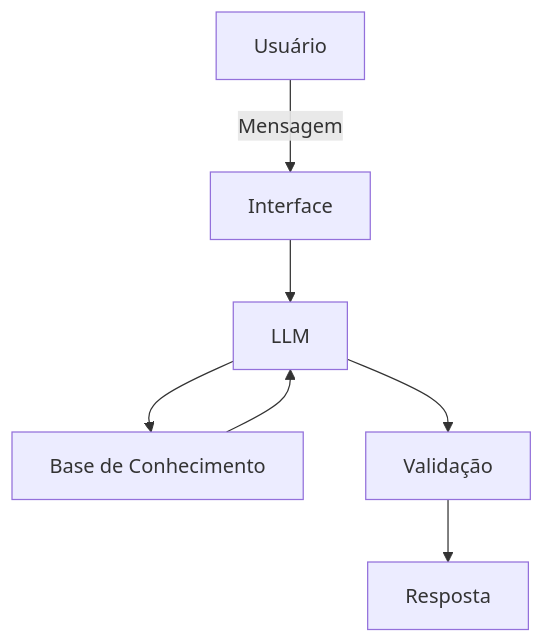
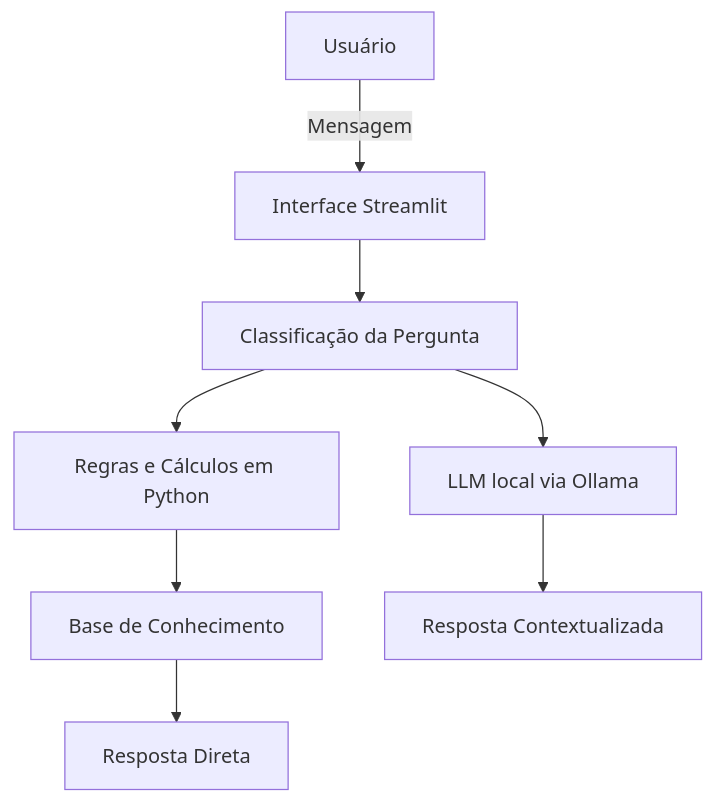
Before and after one commit to Martins-DennisCoppola/dio-lab-bia-do-futuro: the diagram in docs/01-documentacao-agente.md, drawn with Mermaid. The commit also changed other lines of this file, not shown here.

````diff
--- a/docs/01-documentacao-agente.md
+++ b/docs/01-documentacao-agente.md
@@ -42,9 +51,10 @@
 ```mermaid
 flowchart TD
-    A[Usuário] -->|Mensagem| B[Interface]
-    B --> C[LLM]
-    C --> D[Base de Conhecimento]
-    D --> C
-    C --> E[Validação]
-    E --> F[Resposta]
+    A[Usuário] -->|Mensagem| B[Interface Streamlit]
+    B --> C[Classificação da Pergunta]
+    C --> D[Regras e Cálculos em Python]
+    D --> E[Base de Conhecimento]
+    E --> F[Resposta Direta]
+    C --> G[LLM local via Ollama]
+    G --> H[Resposta Contextualizada]
 ```
````
